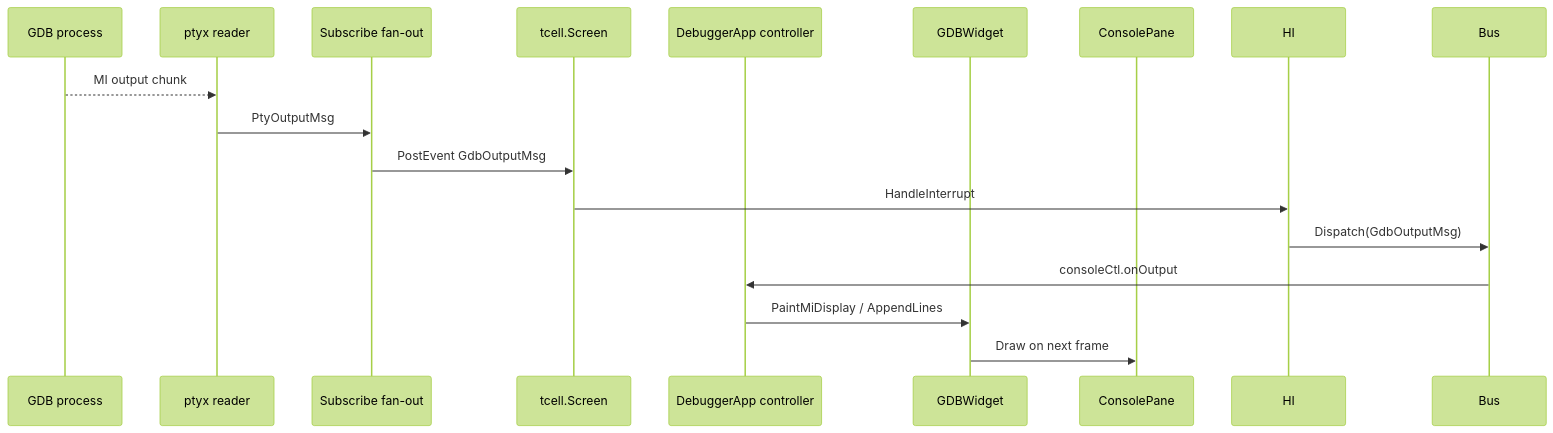
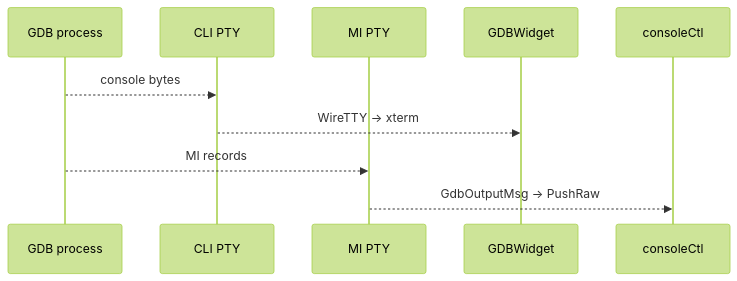
The seventh of 11 diagrams in docs/ARCHITECTURE.md (yairgd/gdbforge), drawn with Mermaid (forest theme) before and after one commit. The commit also changed other lines of this file and 243 other files, not shown here.

````diff
--- a/docs/ARCHITECTURE.md
+++ b/docs/ARCHITECTURE.md
@@ -702,19 +735,13 @@
 ```mermaid
 sequenceDiagram
     participant GDB as GDB process
-    participant PTY as ptyx reader
-    participant Fan as Subscribe fan-out
-    participant Screen as tcell.Screen
-    participant Ctrl as DebuggerApp controller
-    participant Widget as GDBWidget
-    participant Cons as ConsolePane
+    participant CLI as CLI PTY
+    participant MI as MI PTY
+    participant GDBW as GDBWidget
+    participant Ctrl as consoleCtl
 
-    GDB-->>PTY: MI output chunk
-    PTY->>Fan: PtyOutputMsg
-    Fan->>Screen: PostEvent GdbOutputMsg
-    Screen->>HI: HandleInterrupt
-    HI->>Bus: Dispatch(GdbOutputMsg)
-    Bus->>Ctrl: consoleCtl.onOutput
-    Ctrl->>Widget: PaintMiDisplay / AppendLines
-    Widget->>Cons: Draw on next frame
+    GDB-->>CLI: console bytes
+    CLI-->>GDBW: WireTTY → xterm
+    GDB-->>MI: MI records
+    MI-->>Ctrl: GdbOutputMsg → PushRaw
 ```
````
